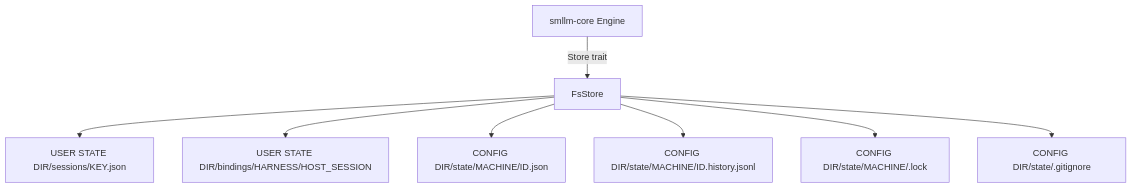
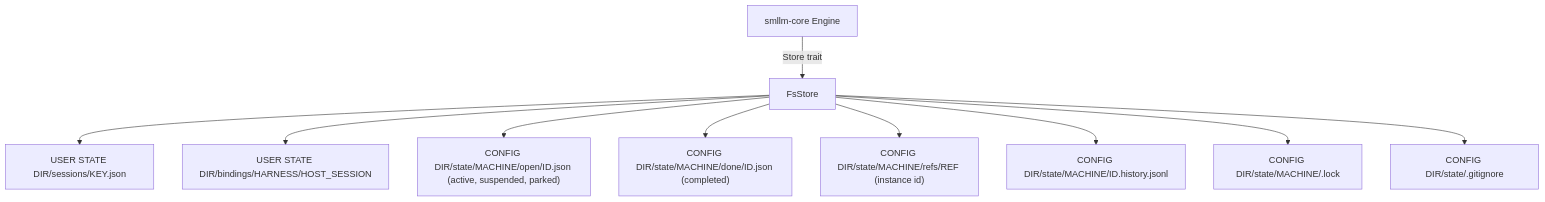
One commit to six5536/sllm changed the diagram in .zen/specs/DESIGN-STO-storage.md. Above: the diagram before and after it, drawn with Mermaid. The commit also changed other lines of this file and 4 other files, not shown here.

Commit message:
docs: instance shelves in the storage and engine designs, architecture and changelog (PLAN-005 B3)

````diff
--- a/.zen/specs/DESIGN-STO-storage.md
+++ b/.zen/specs/DESIGN-STO-storage.md
@@ -15,10 +15,12 @@
 ```mermaid
 flowchart TB
     Engine[smllm-core Engine] -->|Store trait| FsStore
     FsStore --> Sessions["USER STATE DIR/sessions/KEY.json"]
     FsStore --> Bindings["USER STATE DIR/bindings/HARNESS/HOST_SESSION"]
-    FsStore --> Inst["CONFIG DIR/state/MACHINE/ID.json"]
+    FsStore --> Open["CONFIG DIR/state/MACHINE/open/ID.json (active, suspended, parked)"]
+    FsStore --> Done["CONFIG DIR/state/MACHINE/done/ID.json (completed)"]
+    FsStore --> Refs["CONFIG DIR/state/MACHINE/refs/REF (instance id)"]
     FsStore --> Hist["CONFIG DIR/state/MACHINE/ID.history.jsonl"]
     FsStore --> Lock["CONFIG DIR/state/MACHINE/.lock"]
     FsStore --> Ignore["CONFIG DIR/state/.gitignore"]
 ```
````
